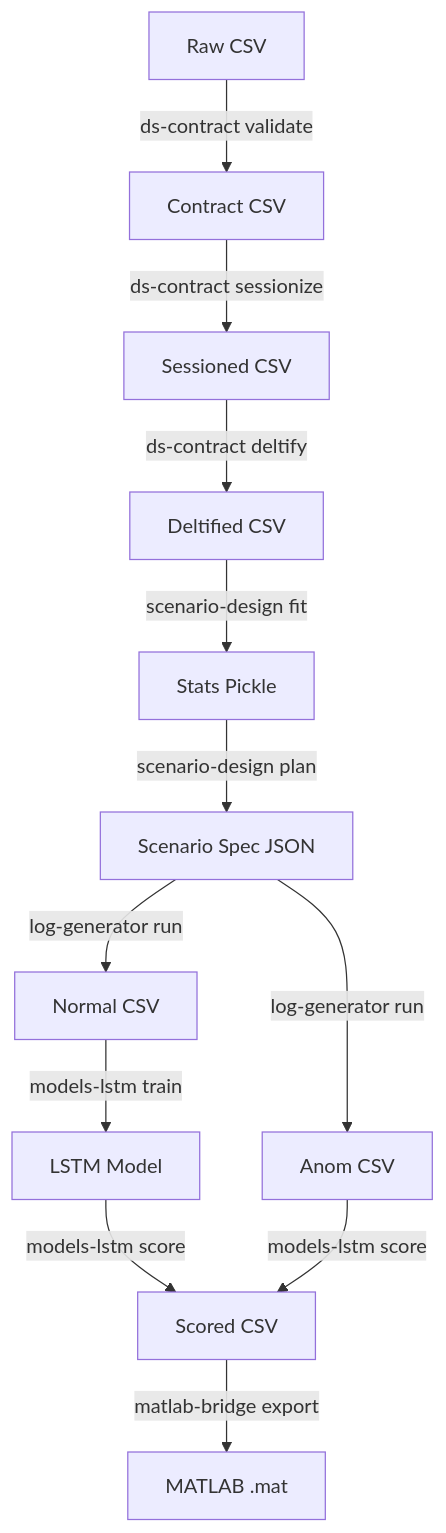
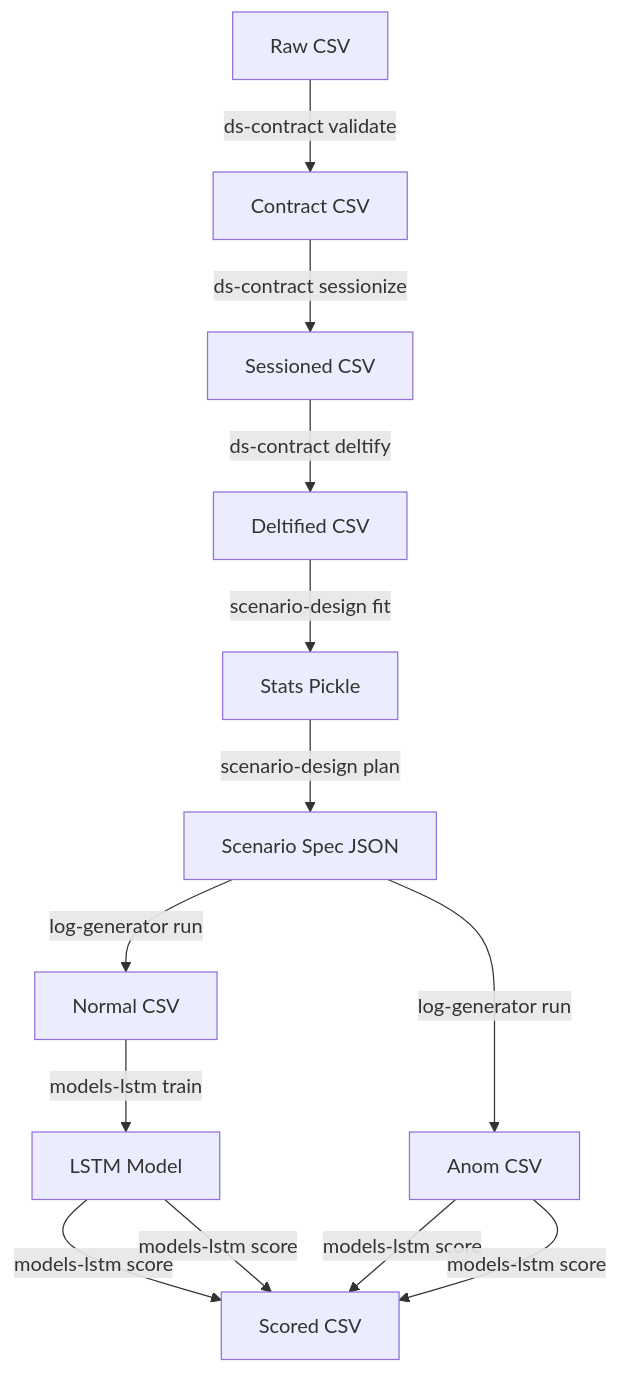
Before and after one commit to nukoruto/log: the diagram in USAGE.md, drawn with Mermaid. The commit also changed other lines of this file and 23 other files, not shown here.

````diff
--- a/USAGE.md
+++ b/USAGE.md
@@ -60,12 +60,12 @@
 ```mermaid
 graph TD
     RawCSV[Raw CSV] -->|ds-contract validate| ContractCSV[Contract CSV]
     ContractCSV -->|ds-contract sessionize| SessionedCSV[Sessioned CSV]
     SessionedCSV -->|ds-contract deltify| DeltifiedCSV[Deltified CSV]
     DeltifiedCSV -->|scenario-design fit| Stats[Stats Pickle]
     Stats -->|scenario-design plan| Spec[Scenario Spec JSON]
     Spec -->|log-generator run| NormalCSV[Normal CSV] & AnomCSV[Anom CSV]
     NormalCSV -->|models-lstm train| Model[LSTM Model]
     Model & AnomCSV -->|models-lstm score| ScoredCSV[Scored CSV]
-    ScoredCSV -->|matlab-bridge export| MAT[MATLAB .mat]
+    Model & AnomCSV -->|models-lstm score| ScoredCSV[Scored CSV]
 ```
````
